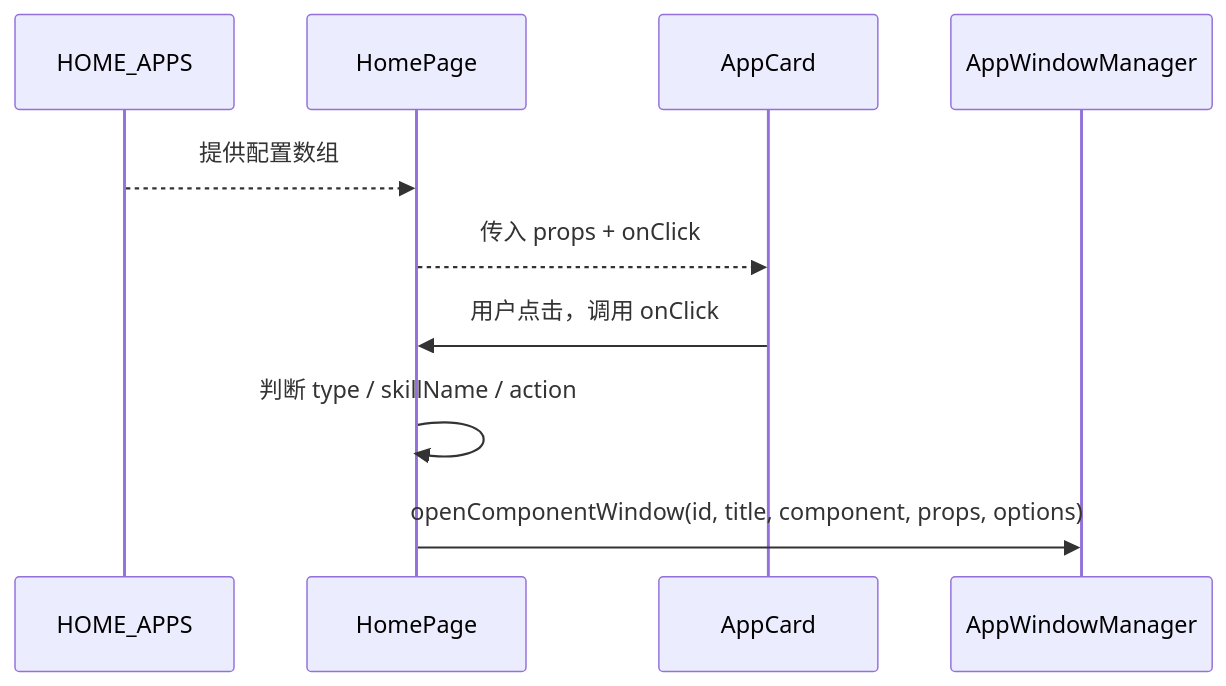
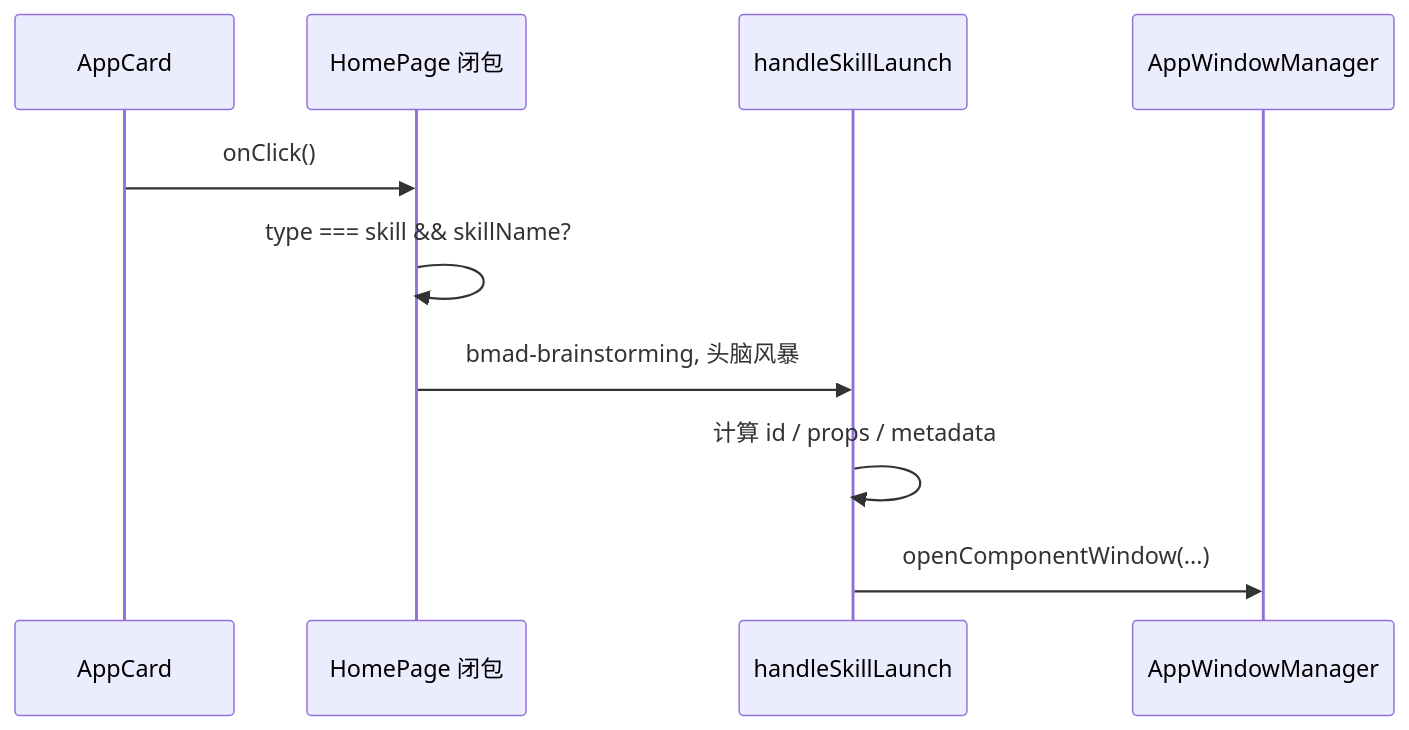
Before and after one commit to LavaCourage07/startupOS: the first of 2 diagrams in learning-note/full-project-course-v2/textbook/part-b-user-operation-chain/B02-click-to-window.md, drawn with Mermaid. The commit also changed other lines of this file and 560 other files, not shown here.

````diff
--- a/learning-note/full-project-course-v2/textbook/part-b-user-operation-chain/B02-click-to-window.md
+++ b/learning-note/full-project-course-v2/textbook/part-b-user-operation-chain/B02-click-to-window.md
@@ -11,13 +9,13 @@
 ```mermaid
 sequenceDiagram
-    participant Config as HOME_APPS
-    participant Page as HomePage
-    participant Card as AppCard
-    participant WM as AppWindowManager
+    participant C as AppCard
+    participant P as HomePage 闭包
+    participant H as handleSkillLaunch
+    participant W as AppWindowManager
 
-    Config-->>Page: 提供配置数组
-    Page-->>Card: 传入 props + onClick
-    Card->>Page: 用户点击，调用 onClick
-    Page->>Page: 判断 type / skillName / action
-    Page->>WM: openComponentWindow(id, title, component, props, options)
+    C->>P: onClick()
+    P->>P: type === skill && skillName?
+    P->>H: bmad-brainstorming, 头脑风暴
+    H->>H: 计算 id / props / metadata
+    H->>W: openComponentWindow(...)
 ```
````
